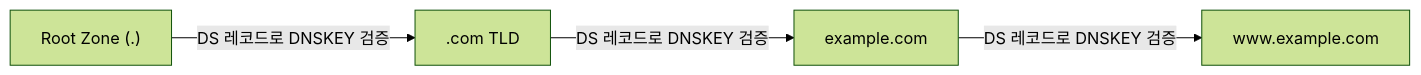
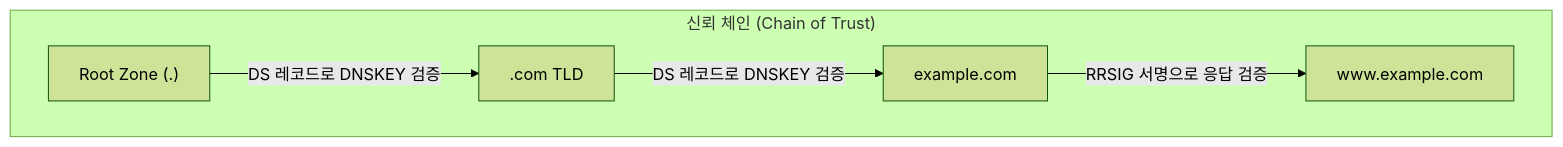
Before and after one commit to yjkim2015/yjkim2015.github.io: the fourth of 4 diagrams in _posts/network/2026-05-01-dns.md, drawn with Mermaid (forest theme). The commit also changed other lines of this file and 34 other files, not shown here.

First line of the commit message:
Full quality pass: 41 files — ASCII removed, 동작원리 보강, diagrams

```diff
--- a/_posts/network/2026-05-01-dns.md
+++ b/_posts/network/2026-05-01-dns.md
@@ -284,6 +208,12 @@
 <div class="mermaid">
-graph LR
-    Root["Root Zone (.)"] -->|DS 레코드로 DNSKEY 검증| COM[".com TLD"]
-    COM -->|DS 레코드로 DNSKEY 검증| EXAMPLE["example.com"]
-    EXAMPLE -->|DS 레코드로 DNSKEY 검증| WWW["www.example.com"]
+graph TD
+    subgraph "신뢰 체인 (Chain of Trust)"
+        Root["Root Zone (.)"]
+        COM[".com TLD"]
+        EXAMPLE["example.com"]
+        WWW["www.example.com"]
+    end
+    Root -->|"DS 레코드로 DNSKEY 검증"| COM
+    COM -->|"DS 레코드로 DNSKEY 검증"| EXAMPLE
+    EXAMPLE -->|"RRSIG 서명으로 응답 검증"| WWW
 </div>
```
